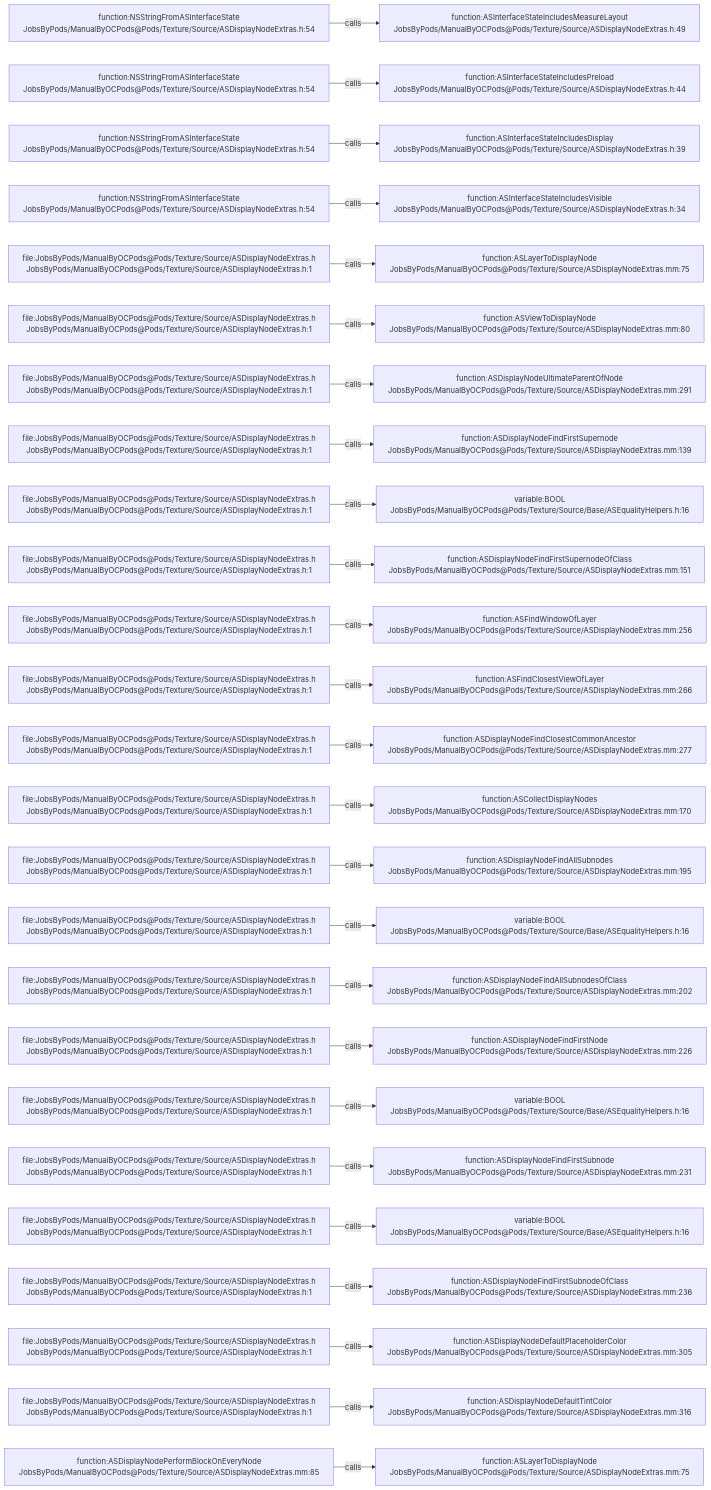
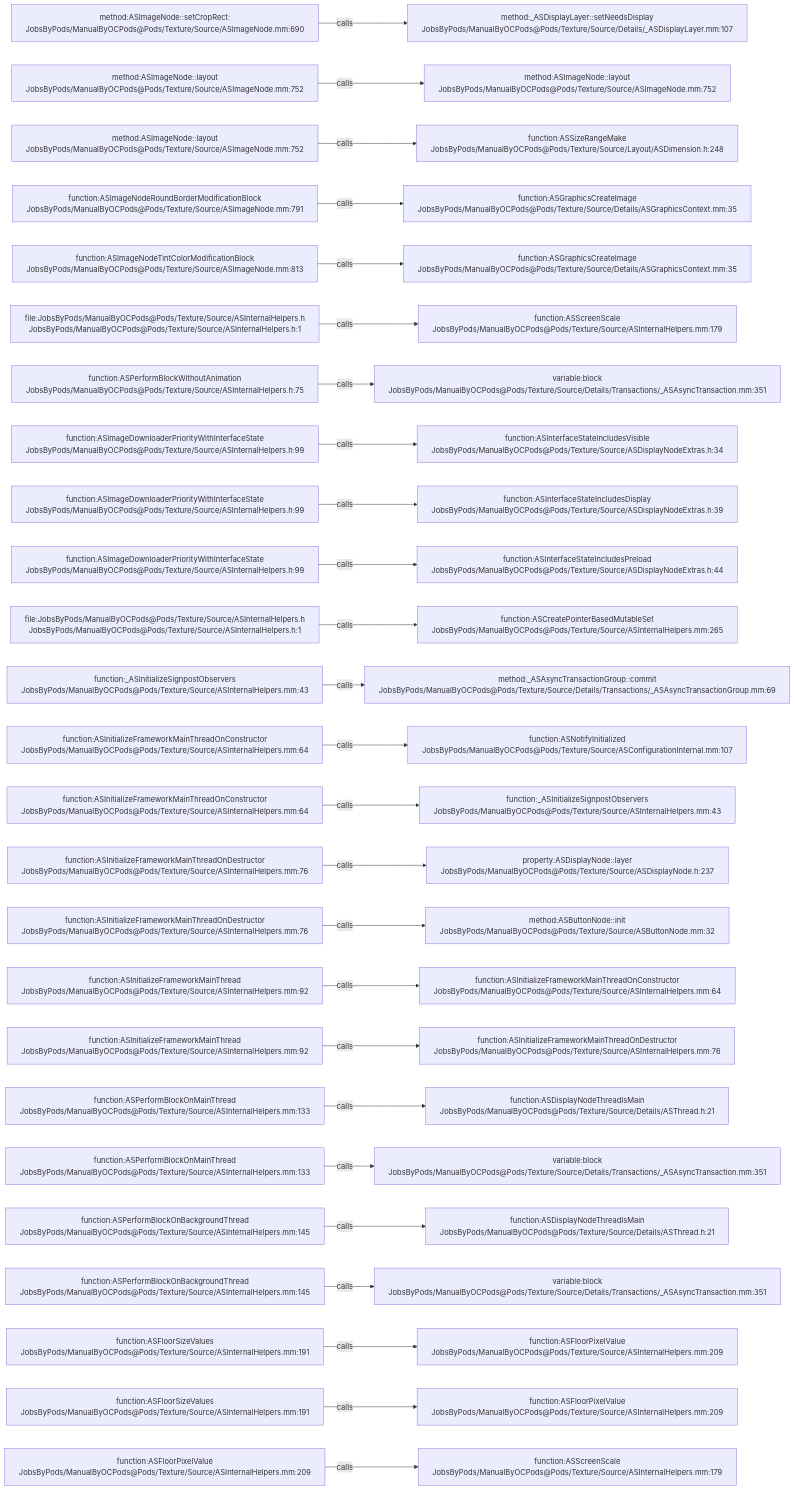
Before and after one commit to JobsKits/JobsOCBaseConfigDemo: the diagram in .codegraph/codegraph.md/graphs/calls-103.md, drawn with Mermaid. The commit also changed 1448 other files, not shown here.

````diff
--- a/.codegraph/codegraph.md/graphs/calls-103.md
+++ b/.codegraph/codegraph.md/graphs/calls-103.md
@@ -13,78 +13,78 @@
 ```mermaid
 flowchart LR
-  S1["function:NSStringFromASInterfaceState<br/>JobsByPods/ManualByOCPods@Pods/Texture/Source/ASDisplayNodeExtras.h:54"]
-  T1["function:ASInterfaceStateIncludesMeasureLayout<br/>JobsByPods/ManualByOCPods@Pods/Texture/Source/ASDisplayNodeExtras.h:49"]
+  S1["method:ASImageNode::setCropRect:<br/>JobsByPods/ManualByOCPods@Pods/Texture/Source/ASImageNode.mm:690"]
+  T1["method:_ASDisplayLayer::setNeedsDisplay<br/>JobsByPods/ManualByOCPods@Pods/Texture/Source/Details/_ASDisplayLayer.mm:107"]
   S1 -->|calls| T1
-  S2["function:NSStringFromASInterfaceState<br/>JobsByPods/ManualByOCPods@Pods/Texture/Source/ASDisplayNodeExtras.h:54"]
-  T2["function:ASInterfaceStateIncludesPreload<br/>JobsByPods/ManualByOCPods@Pods/Texture/Source/ASDisplayNodeExtras.h:44"]
+  S2["method:ASImageNode::layout<br/>JobsByPods/ManualByOCPods@Pods/Texture/Source/ASImageNode.mm:752"]
+  T2["method:ASImageNode::layout<br/>JobsByPods/ManualByOCPods@Pods/Texture/Source/ASImageNode.mm:752"]
   S2 -->|calls| T2
-  S3["function:NSStringFromASInterfaceState<br/>JobsByPods/ManualByOCPods@Pods/Texture/Source/ASDisplayNodeExtras.h:54"]
-  T3["function:ASInterfaceStateIncludesDisplay<br/>JobsByPods/ManualByOCPods@Pods/Texture/Source/ASDisplayNodeExtras.h:39"]
+  S3["method:ASImageNode::layout<br/>JobsByPods/ManualByOCPods@Pods/Texture/Source/ASImageNode.mm:752"]
+  T3["function:ASSizeRangeMake<br/>JobsByPods/ManualByOCPods@Pods/Texture/Source/Layout/ASDimension.h:248"]
   S3 -->|calls| T3
-  S4["function:NSStringFromASInterfaceState<br/>JobsByPods/ManualByOCPods@Pods/Texture/Source/ASDisplayNodeExtras.h:54"]
-  T4["function:ASInterfaceStateIncludesVisible<br/>JobsByPods/ManualByOCPods@Pods/Texture/Source/ASDisplayNodeExtras.h:34"]
+  S4["function:ASImageNodeRoundBorderModificationBlock<br/>JobsByPods/ManualByOCPods@Pods/Texture/Source/ASImageNode.mm:791"]
+  T4["function:ASGraphicsCreateImage<br/>JobsByPods/ManualByOCPods@Pods/Texture/Source/Details/ASGraphicsContext.mm:35"]
   S4 -->|calls| T4
-  S5["file:JobsByPods/ManualByOCPods@Pods/Texture/Source/ASDisplayNodeExtras.h<br/>JobsByPods/ManualByOCPods@Pods/Texture/Source/ASDisplayNodeExtras.h:1"]
-  T5["function:ASLayerToDisplayNode<br/>JobsByPods/ManualByOCPods@Pods/Texture/Source/ASDisplayNodeExtras.mm:75"]
+  S5["function:ASImageNodeTintColorModificationBlock<br/>JobsByPods/ManualByOCPods@Pods/Texture/Source/ASImageNode.mm:813"]
+  T5["function:ASGraphicsCreateImage<br/>JobsByPods/ManualByOCPods@Pods/Texture/Source/Details/ASGraphicsContext.mm:35"]
   S5 -->|calls| T5
-  S6["file:JobsByPods/ManualByOCPods@Pods/Texture/Source/ASDisplayNodeExtras.h<br/>JobsByPods/ManualByOCPods@Pods/Texture/Source/ASDisplayNodeExtras.h:1"]
-  T6["function:ASViewToDisplayNode<br/>JobsByPods/ManualByOCPods@Pods/Texture/Source/ASDisplayNodeExtras.mm:80"]
+  S6["file:JobsByPods/ManualByOCPods@Pods/Texture/Source/ASInternalHelpers.h<br/>JobsByPods/ManualByOCPods@Pods/Texture/Source/ASInternalHelpers.h:1"]
+  T6["function:ASScreenScale<br/>JobsByPods/ManualByOCPods@Pods/Texture/Source/ASInternalHelpers.mm:179"]
   S6 -->|calls| T6
-  S7["file:JobsByPods/ManualByOCPods@Pods/Texture/Source/ASDisplayNodeExtras.h<br/>JobsByPods/ManualByOCPods@Pods/Texture/Source/ASDisplayNodeExtras.h:1"]
-  T7["function:ASDisplayNodeUltimateParentOfNode<br/>JobsByPods/ManualByOCPods@Pods/Texture/Source/ASDisplayNodeExtras.mm:291"]
+  S7["function:ASPerformBlockWithoutAnimation<br/>JobsByPods/ManualByOCPods@Pods/Texture/Source/ASInternalHelpers.h:75"]
+  T7["variable:block<br/>JobsByPods/ManualByOCPods@Pods/Texture/Source/Details/Transactions/_ASAsyncTransaction.mm:351"]
   S7 -->|calls| T7
-  S8["file:JobsByPods/ManualByOCPods@Pods/Texture/Source/ASDisplayNodeExtras.h<br/>JobsByPods/ManualByOCPods@Pods/Texture/Source/ASDisplayNodeExtras.h:1"]
-  T8["function:ASDisplayNodeFindFirstSupernode<br/>JobsByPods/ManualByOCPods@Pods/Texture/Source/ASDisplayNodeExtras.mm:139"]
+  S8["function:ASImageDownloaderPriorityWithInterfaceState<br/>JobsByPods/ManualByOCPods@Pods/Texture/Source/ASInternalHelpers.h:99"]
+  T8["function:ASInterfaceStateIncludesVisible<br/>JobsByPods/ManualByOCPods@Pods/Texture/Source/ASDisplayNodeExtras.h:34"]
   S8 -->|calls| T8
-  S9["file:JobsByPods/ManualByOCPods@Pods/Texture/Source/ASDisplayNodeExtras.h<br/>JobsByPods/ManualByOCPods@Pods/Texture/Source/ASDisplayNodeExtras.h:1"]
-  T9["variable:BOOL<br/>JobsByPods/ManualByOCPods@Pods/Texture/Source/Base/ASEqualityHelpers.h:16"]
+  S9["function:ASImageDownloaderPriorityWithInterfaceState<br/>JobsByPods/ManualByOCPods@Pods/Texture/Source/ASInternalHelpers.h:99"]
+  T9["function:ASInterfaceStateIncludesDisplay<br/>JobsByPods/ManualByOCPods@Pods/Texture/Source/ASDisplayNodeExtras.h:39"]
   S9 -->|calls| T9
-  S10["file:JobsByPods/ManualByOCPods@Pods/Texture/Source/ASDisplayNodeExtras.h<br/>JobsByPods/ManualByOCPods@Pods/Texture/Source/ASDisplayNodeExtras.h:1"]
-  T10["function:ASDisplayNodeFindFirstSupernodeOfClass<br/>JobsByPods/ManualByOCPods@Pods/Texture/Source/ASDisplayNodeExtras.mm:151"]
+  S10["function:ASImageDownloaderPriorityWithInterfaceState<br/>JobsByPods/ManualByOCPods@Pods/Texture/Source/ASInternalHelpers.h:99"]
+  T10["function:ASInterfaceStateIncludesPreload<br/>JobsByPods/ManualByOCPods@Pods/Texture/Source/ASDisplayNodeExtras.h:44"]
   S10 -->|calls| T10
-  S11["file:JobsByPods/ManualByOCPods@Pods/Texture/Source/ASDisplayNodeExtras.h<br/>JobsByPods/ManualByOCPods@Pods/Texture/Source/ASDisplayNodeExtras.h:1"]
-  T11["function:ASFindWindowOfLayer<br/>JobsByPods/ManualByOCPods@Pods/Texture/Source/ASDisplayNodeExtras.mm:256"]
+  S11["file:JobsByPods/ManualByOCPods@Pods/Texture/Source/ASInternalHelpers.h<br/>JobsByPods/ManualByOCPods@Pods/Texture/Source/ASInternalHelpers.h:1"]
+  T11["function:ASCreatePointerBasedMutableSet<br/>JobsByPods/ManualByOCPods@Pods/Texture/Source/ASInternalHelpers.mm:265"]
   S11 -->|calls| T11
-  S12["file:JobsByPods/ManualByOCPods@Pods/Texture/Source/ASDisplayNodeExtras.h<br/>JobsByPods/ManualByOCPods@Pods/Texture/Source/ASDisplayNodeExtras.h:1"]
-  T12["function:ASFindClosestViewOfLayer<br/>JobsByPods/ManualByOCPods@Pods/Texture/Source/ASDisplayNodeExtras.mm:266"]
+  S12["function:_ASInitializeSignpostObservers<br/>JobsByPods/ManualByOCPods@Pods/Texture/Source/ASInternalHelpers.mm:43"]
+  T12["method:_ASAsyncTransactionGroup::commit<br/>JobsByPods/ManualByOCPods@Pods/Texture/Source/Details/Transactions/_ASAsyncTransactionGroup.mm:69"]
   S12 -->|calls| T12
-  S13["file:JobsByPods/ManualByOCPods@Pods/Texture/Source/ASDisplayNodeExtras.h<br/>JobsByPods/ManualByOCPods@Pods/Texture/Source/ASDisplayNodeExtras.h:1"]
-  T13["function:ASDisplayNodeFindClosestCommonAncestor<br/>JobsByPods/ManualByOCPods@Pods/Texture/Source/ASDisplayNodeExtras.mm:277"]
+  S13["function:ASInitializeFrameworkMainThreadOnConstructor<br/>JobsByPods/ManualByOCPods@Pods/Texture/Source/ASInternalHelpers.mm:64"]
+  T13["function:ASNotifyInitialized<br/>JobsByPods/ManualByOCPods@Pods/Texture/Source/ASConfigurationInternal.mm:107"]
   S13 -->|calls| T13
-  S14["file:JobsByPods/ManualByOCPods@Pods/Texture/Source/ASDisplayNodeExtras.h<br/>JobsByPods/ManualByOCPods@Pods/Texture/Source/ASDisplayNodeExtras.h:1"]
-  T14["function:ASCollectDisplayNodes<br/>JobsByPods/ManualByOCPods@Pods/Texture/Source/ASDisplayNodeExtras.mm:170"]
+  S14["function:ASInitializeFrameworkMainThreadOnConstructor<br/>JobsByPods/ManualByOCPods@Pods/Texture/Source/ASInternalHelpers.mm:64"]
+  T14["function:_ASInitializeSignpostObservers<br/>JobsByPods/ManualByOCPods@Pods/Texture/Source/ASInternalHelpers.mm:43"]
   S14 -->|calls| T14
-  S15["file:JobsByPods/ManualByOCPods@Pods/Texture/Source/ASDisplayNodeExtras.h<br/>JobsByPods/ManualByOCPods@Pods/Texture/Source/ASDisplayNodeExtras.h:1"]
-  T15["function:ASDisplayNodeFindAllSubnodes<br/>JobsByPods/ManualByOCPods@Pods/Texture/Source/ASDisplayNodeExtras.mm:195"]
+  S15["function:ASInitializeFrameworkMainThreadOnDestructor<br/>JobsByPods/ManualByOCPods@Pods/Texture/Source/ASInternalHelpers.mm:76"]
+  T15["property:ASDisplayNode::layer<br/>JobsByPods/ManualByOCPods@Pods/Texture/Source/ASDisplayNode.h:237"]
   S15 -->|calls| T15
-  S16["file:JobsByPods/ManualByOCPods@Pods/Texture/Source/ASDisplayNodeExtras.h<br/>JobsByPods/ManualByOCPods@Pods/Texture/Source/ASDisplayNodeExtras.h:1"]
-  T16["variable:BOOL<br/>JobsByPods/ManualByOCPods@Pods/Texture/Source/Base/ASEqualityHelpers.h:16"]
+  S16["function:ASInitializeFrameworkMainThreadOnDestructor<br/>JobsByPods/ManualByOCPods@Pods/Texture/Source/ASInternalHelpers.mm:76"]
+  T16["method:ASButtonNode::init<br/>JobsByPods/ManualByOCPods@Pods/Texture/Source/ASButtonNode.mm:32"]
   S16 -->|calls| T16
-  S17["file:JobsByPods/ManualByOCPods@Pods/Texture/Source/ASDisplayNodeExtras.h<br/>JobsByPods/ManualByOCPods@Pods/Texture/Source/ASDisplayNodeExtras.h:1"]
-  T17["function:ASDisplayNodeFindAllSubnodesOfClass<br/>JobsByPods/ManualByOCPods@Pods/Texture/Source/ASDisplayNodeExtras.mm:202"]
+  S17["function:ASInitializeFrameworkMainThread<br/>JobsByPods/ManualByOCPods@Pods/Texture/Source/ASInternalHelpers.mm:92"]
+  T17["function:ASInitializeFrameworkMainThreadOnConstructor<br/>JobsByPods/ManualByOCPods@Pods/Texture/Source/ASInternalHelpers.mm:64"]
   S17 -->|calls| T17
-  S18["file:JobsByPods/ManualByOCPods@Pods/Texture/Source/ASDisplayNodeExtras.h<br/>JobsByPods/ManualByOCPods@Pods/Texture/Source/ASDisplayNodeExtras.h:1"]
-  T18["function:ASDisplayNodeFindFirstNode<br/>JobsByPods/ManualByOCPods@Pods/Texture/Source/ASDisplayNodeExtras.mm:226"]
+  S18["function:ASInitializeFrameworkMainThread<br/>JobsByPods/ManualByOCPods@Pods/Texture/Source/ASInternalHelpers.mm:92"]
+  T18["function:ASInitializeFrameworkMainThreadOnDestructor<br/>JobsByPods/ManualByOCPods@Pods/Texture/Source/ASInternalHelpers.mm:76"]
   S18 -->|calls| T18
-  S19["file:JobsByPods/ManualByOCPods@Pods/Texture/Source/ASDisplayNodeExtras.h<br/>JobsByPods/ManualByOCPods@Pods/Texture/Source/ASDisplayNodeExtras.h:1"]
-  T19["variable:BOOL<br/>JobsByPods/ManualByOCPods@Pods/Texture/Source/Base/ASEqualityHelpers.h:16"]
+  S19["function:ASPerformBlockOnMainThread<br/>JobsByPods/ManualByOCPods@Pods/Texture/Source/ASInternalHelpers.mm:133"]
+  T19["function:ASDisplayNodeThreadIsMain<br/>JobsByPods/ManualByOCPods@Pods/Texture/Source/Details/ASThread.h:21"]
   S19 -->|calls| T19
-  S20["file:JobsByPods/ManualByOCPods@Pods/Texture/Source/ASDisplayNodeExtras.h<br/>JobsByPods/ManualByOCPods@Pods/Texture/Source/ASDisplayNodeExtras.h:1"]
-  T20["function:ASDisplayNodeFindFirstSubnode<br/>JobsByPods/ManualByOCPods@Pods/Texture/Source/ASDisplayNodeExtras.mm:231"]
+  S20["function:ASPerformBlockOnMainThread<br/>JobsByPods/ManualByOCPods@Pods/Texture/Source/ASInternalHelpers.mm:133"]
+  T20["variable:block<br/>JobsByPods/ManualByOCPods@Pods/Texture/Source/Details/Transactions/_ASAsyncTransaction.mm:351"]
   S20 -->|calls| T20
-  S21["file:JobsByPods/ManualByOCPods@Pods/Texture/Source/ASDisplayNodeExtras.h<br/>JobsByPods/ManualByOCPods@Pods/Texture/Source/ASDisplayNodeExtras.h:1"]
-  T21["variable:BOOL<br/>JobsByPods/ManualByOCPods@Pods/Texture/Source/Base/ASEqualityHelpers.h:16"]
+  S21["function:ASPerformBlockOnBackgroundThread<br/>JobsByPods/ManualByOCPods@Pods/Texture/Source/ASInternalHelpers.mm:145"]
+  T21["function:ASDisplayNodeThreadIsMain<br/>JobsByPods/ManualByOCPods@Pods/Texture/Source/Details/ASThread.h:21"]
   S21 -->|calls| T21
-  S22["file:JobsByPods/ManualByOCPods@Pods/Texture/Source/ASDisplayNodeExtras.h<br/>JobsByPods/ManualByOCPods@Pods/Texture/Source/ASDisplayNodeExtras.h:1"]
-  T22["function:ASDisplayNodeFindFirstSubnodeOfClass<br/>JobsByPods/ManualByOCPods@Pods/Texture/Source/ASDisplayNodeExtras.mm:236"]
+  S22["function:ASPerformBlockOnBackgroundThread<br/>JobsByPods/ManualByOCPods@Pods/Texture/Source/ASInternalHelpers.mm:145"]
+  T22["variable:block<br/>JobsByPods/ManualByOCPods@Pods/Texture/Source/Details/Transactions/_ASAsyncTransaction.mm:351"]
   S22 -->|calls| T22
-  S23["file:JobsByPods/ManualByOCPods@Pods/Texture/Source/ASDisplayNodeExtras.h<br/>JobsByPods/ManualByOCPods@Pods/Texture/Source/ASDisplayNodeExtras.h:1"]
-  T23["function:ASDisplayNodeDefaultPlaceholderColor<br/>JobsByPods/ManualByOCPods@Pods/Texture/Source/ASDisplayNodeExtras.mm:305"]
+  S23["function:ASFloorSizeValues<br/>JobsByPods/ManualByOCPods@Pods/Texture/Source/ASInternalHelpers.mm:191"]
+  T23["function:ASFloorPixelValue<br/>JobsByPods/ManualByOCPods@Pods/Texture/Source/ASInternalHelpers.mm:209"]
   S23 -->|calls| T23
-  S24["file:JobsByPods/ManualByOCPods@Pods/Texture/Source/ASDisplayNodeExtras.h<br/>JobsByPods/ManualByOCPods@Pods/Texture/Source/ASDisplayNodeExtras.h:1"]
-  T24["function:ASDisplayNodeDefaultTintColor<br/>JobsByPods/ManualByOCPods@Pods/Texture/Source/ASDisplayNodeExtras.mm:316"]
+  S24["function:ASFloorSizeValues<br/>JobsByPods/ManualByOCPods@Pods/Texture/Source/ASInternalHelpers.mm:191"]
+  T24["function:ASFloorPixelValue<br/>JobsByPods/ManualByOCPods@Pods/Texture/Source/ASInternalHelpers.mm:209"]
   S24 -->|calls| T24
-  S25["function:ASDisplayNodePerformBlockOnEveryNode<br/>JobsByPods/ManualByOCPods@Pods/Texture/Source/ASDisplayNodeExtras.mm:85"]
-  T25["function:ASLayerToDisplayNode<br/>JobsByPods/ManualByOCPods@Pods/Texture/Source/ASDisplayNodeExtras.mm:75"]
+  S25["function:ASFloorPixelValue<br/>JobsByPods/ManualByOCPods@Pods/Texture/Source/ASInternalHelpers.mm:209"]
+  T25["function:ASScreenScale<br/>JobsByPods/ManualByOCPods@Pods/Texture/Source/ASInternalHelpers.mm:179"]
   S25 -->|calls| T25
 ```
````
